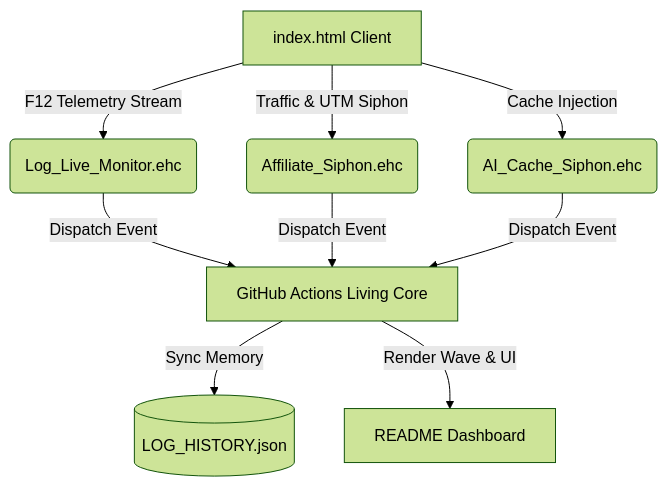
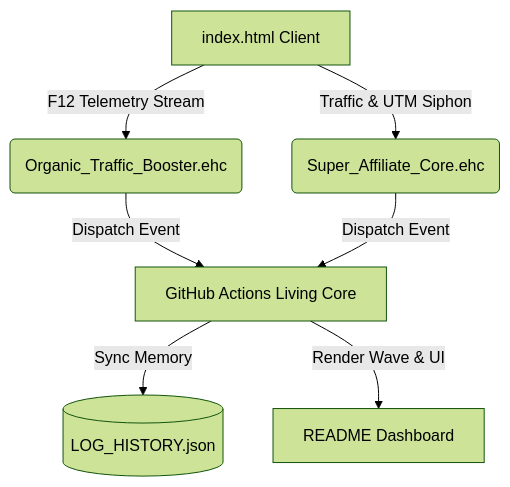
Before and after one commit to donabico-media-system/8000kicks: the diagram in README.md, drawn with Mermaid (forest theme). The commit also changed other lines of this file and 4 other files, not shown here.

````diff
--- a/README.md
+++ b/README.md
@@ -16,11 +16,9 @@
 ```mermaid
 graph TD;
-    A[index.html Client] -->|F12 Telemetry Stream| B(Log_Live_Monitor.ehc);
-    A -->|Traffic & UTM Siphon| C(Affiliate_Siphon.ehc);
-    A -->|Cache Injection| D(AI_Cache_Siphon.ehc);
+    A[index.html Client] -->|F12 Telemetry Stream| B(Organic_Traffic_Booster.ehc);
+    A -->|Traffic & UTM Siphon| C(Super_Affiliate_Core.ehc);
     B -->|Dispatch Event| E[GitHub Actions Living Core];
     C -->|Dispatch Event| E;
-    D -->|Dispatch Event| E;
     E -->|Sync Memory| F[(LOG_HISTORY.json)];
     E -->|Render Wave & UI| G[README Dashboard];
 ```
````
